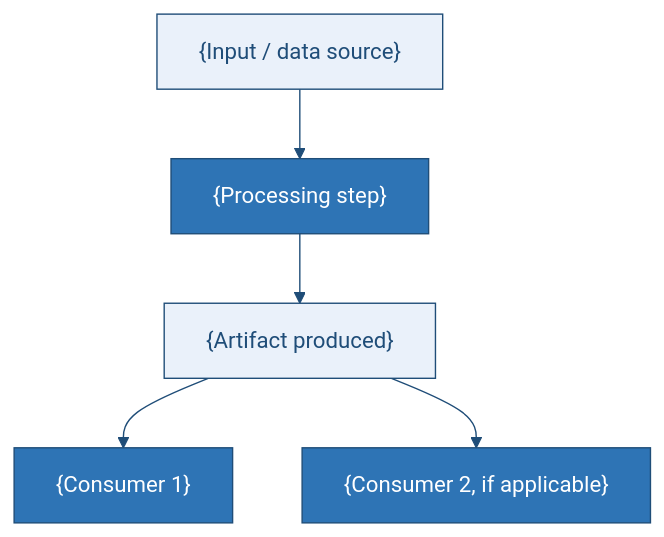
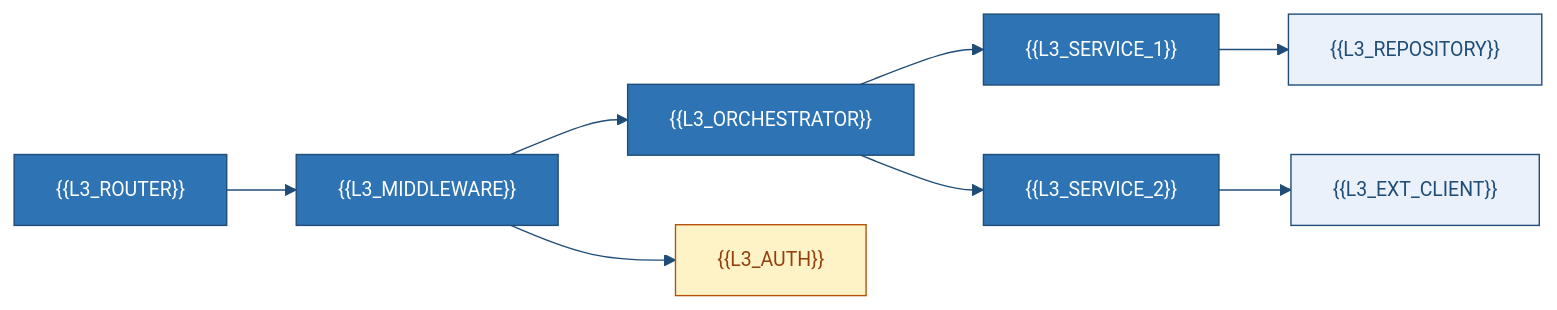
One commit to Mudassar-23/AI-Doc-Generation changed the third of 6 diagrams in templates/Architecture Design.md. Above: the diagram before and after it, drawn with Mermaid. The commit also changed other lines of this file and 21 other files, not shown here.

````diff
--- a/templates/Architecture Design.md
+++ b/templates/Architecture Design.md
@@ -12,11 +93,15 @@
 ```mermaid
-%%{init: {'theme':'base','themeVariables':{'primaryColor':'#2E74B5','primaryTextColor':'#ffffff','primaryBorderColor':'#1F4D78','lineColor':'#1F4D78','secondaryColor':'#0563C1','secondaryTextColor':'#ffffff','tertiaryColor':'#EAF1FA'}}}%%
-flowchart TD
-    A["{Input / data source}"] --> B["{Processing step}"]
-    B --> C["{Artifact produced}"]
-    C --> D["{Consumer 1}"]
-    C --> E["{Consumer 2, if applicable}"]
-
+%%{init: {'theme':'base','themeVariables':{'primaryColor':'#2E74B5','primaryTextColor':'#ffffff','primaryBorderColor':'#1F4D78','lineColor':'#1F4D78','secondaryColor':'#EAF1FA','tertiaryColor':'#EAF1FA','fontFamily':'Segoe UI, Inter, sans-serif','fontSize':'14px'}}}%%
+flowchart LR
+    ROUTER["{{L3_ROUTER}}"] --> MW["{{L3_MIDDLEWARE}}"] --> ORCH["{{L3_ORCHESTRATOR}}"]
+    ORCH --> SVC1["{{L3_SERVICE_1}}"] & SVC2["{{L3_SERVICE_2}}"]
+    SVC1 --> REPO["{{L3_REPOSITORY}}"]
+    SVC2 --> CLIENT["{{L3_EXT_CLIENT}}"]
+    MW --> AUTHZ["{{L3_AUTH}}"]
+    classDef core fill:#2E74B5,stroke:#1F4D78,color:#ffffff,stroke-width:1px;
     classDef store fill:#EAF1FA,stroke:#1F4D78,color:#1F4D78,stroke-width:1px;
-    class A,C store;
+    classDef warn fill:#FEF3C7,stroke:#B45309,color:#92400E,stroke-width:1px;
+    class ROUTER,MW,ORCH,SVC1,SVC2 core;
+    class REPO,CLIENT store;
+    class AUTHZ warn;
 ```
````
